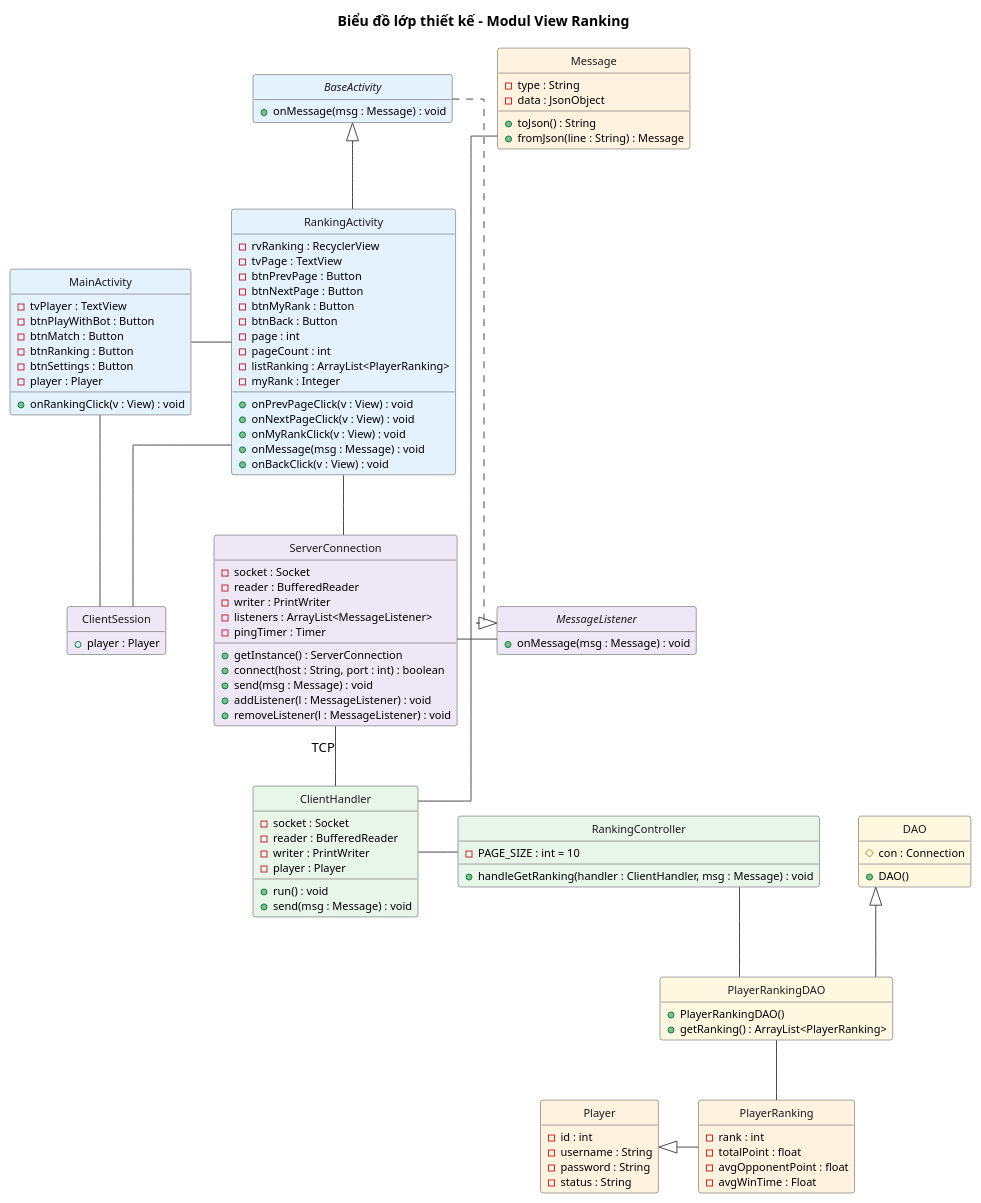
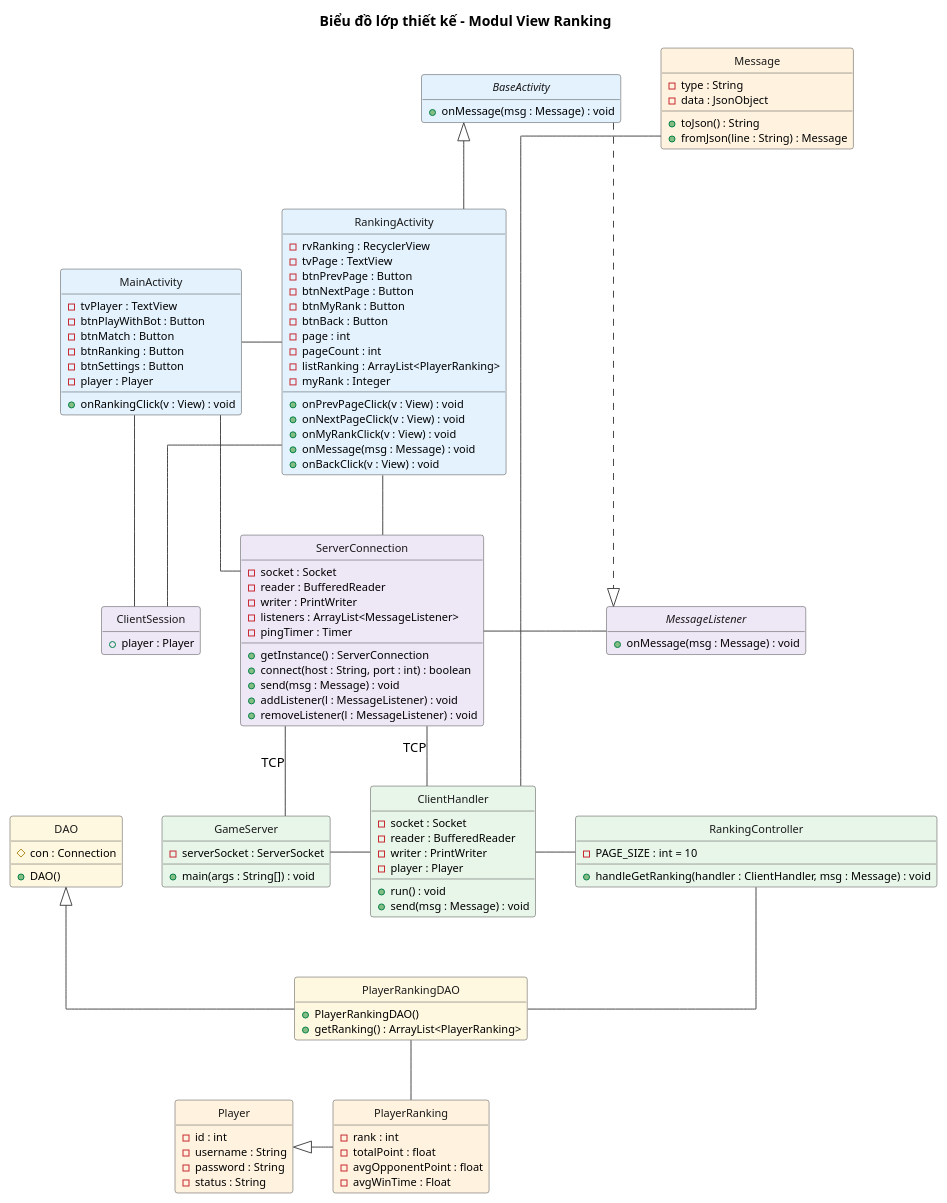
One commit to VattenL/mobile-pikachu changed the diagram in docs/uml/pha3/class-design-m2.puml. Above: the diagram before and after it, drawn with PlantUML. The commit also changed 13 other files, not shown here.

First line of the commit message:
docs: draw server start and client connect in the M2 design

```diff
--- a/docs/uml/pha3/class-design-m2.puml
+++ b/docs/uml/pha3/class-design-m2.puml
@@ -1,144 +1,152 @@
 @startuml class-design-m2
 title Biểu đồ lớp thiết kế - Modul View Ranking
 
 hide circle
 hide empty members
 skinparam shadowing false
 skinparam linetype ortho
 skinparam nodesep 40
 skinparam ranksep 60
 skinparam classFontSize 13
 skinparam classAttributeFontSize 11
 skinparam class {
   BorderColor #4A4A4A
   ArrowColor #4A4A4A
   FontColor #1A1A1A
 }
 
 ' ===== Client Android: tang giao dien =====
 class MainActivity #E3F2FD {
   - tvPlayer : TextView
   - btnPlayWithBot : Button
   - btnMatch : Button
   - btnRanking : Button
   - btnSettings : Button
   - player : Player
   + onRankingClick(v : View) : void
 }
 
 abstract class BaseActivity #E3F2FD {
   + onMessage(msg : Message) : void
 }
 
 class RankingActivity #E3F2FD {
   - rvRanking : RecyclerView
   - tvPage : TextView
   - btnPrevPage : Button
   - btnNextPage : Button
   - btnMyRank : Button
   - btnBack : Button
   - page : int
   - pageCount : int
   - listRanking : ArrayList<PlayerRanking>
   - myRank : Integer
   + onPrevPageClick(v : View) : void
   + onNextPageClick(v : View) : void
   + onMyRankClick(v : View) : void
   + onMessage(msg : Message) : void
   + onBackClick(v : View) : void
 }
 
 ' ===== Client Android: tang mang =====
 class ServerConnection #EDE7F6 {
   - socket : Socket
   - reader : BufferedReader
   - writer : PrintWriter
   - listeners : ArrayList<MessageListener>
   - pingTimer : Timer
   + getInstance() : ServerConnection
   + connect(host : String, port : int) : boolean
   + send(msg : Message) : void
   + addListener(l : MessageListener) : void
   + removeListener(l : MessageListener) : void
 }
 
 interface MessageListener #EDE7F6 {
   + onMessage(msg : Message) : void
 }
 
 class ClientSession #EDE7F6 {
   + player : Player
 }
 
 ' ===== Server: tang dieu khien =====
+class GameServer #E8F5E9 {
+  - serverSocket : ServerSocket
+  + main(args : String[]) : void
+}
+
 class ClientHandler #E8F5E9 {
   - socket : Socket
   - reader : BufferedReader
   - writer : PrintWriter
   - player : Player
   + run() : void
   + send(msg : Message) : void
 }
 
 class RankingController #E8F5E9 {
   - PAGE_SIZE : int = 10
   + handleGetRanking(handler : ClientHandler, msg : Message) : void
 }
 
 ' ===== Server: tang DAO =====
 class DAO #FFF8E1 {
   # con : Connection
   + DAO()
 }
 
 class PlayerRankingDAO #FFF8E1 {
   + PlayerRankingDAO()
   + getRanking() : ArrayList<PlayerRanking>
 }
 
 ' ===== core: lop thuc the va message =====
 class Message #FFF3E0 {
   - type : String
   - data : JsonObject
   + toJson() : String
   + fromJson(line : String) : Message
 }
 
 class Player #FFF3E0 {
   - id : int
   - username : String
   - password : String
   - status : String
 }
 
 class PlayerRanking #FFF3E0 {
   - rank : int
   - totalPoint : float
   - avgOpponentPoint : float
   - avgWinTime : Float
 }
 
 ' giao dien
 MainActivity -right- RankingActivity
 RankingActivity -up-|> BaseActivity
 BaseActivity ..|> MessageListener
 
 ' giao dien - mang
 RankingActivity -down- ServerConnection
+MainActivity -down- ServerConnection
 MainActivity -down- ClientSession
 RankingActivity -down- ClientSession
 ServerConnection -right- MessageListener
 
 ' mang client - server (TCP)
+ServerConnection -down- GameServer : TCP
+GameServer -right- ClientHandler
 ServerConnection -down- ClientHandler : TCP
 ClientHandler -right- RankingController
 
 ' dieu khien - DAO
 RankingController -down- PlayerRankingDAO
 DAO <|-down- PlayerRankingDAO
 
 ' DAO - thuc the
 PlayerRankingDAO -down- PlayerRanking
 PlayerRanking -left-|> Player
 ClientHandler -[norank]- Message
 @enduml
```
